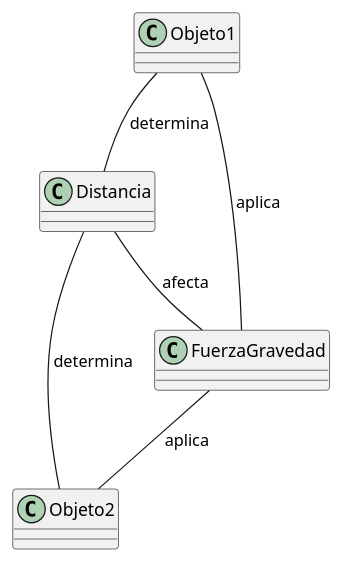
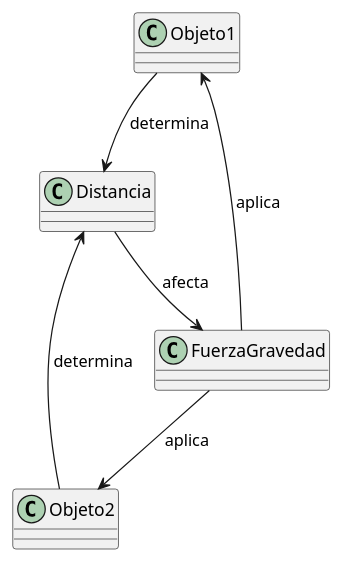
One commit to mmasias/24-25-IdSw1 changed the diagram in entregas/oteroJorge/reto001/Gravedad.puml. Above: the diagram before and after it, drawn with PlantUML. The commit also changed other lines of this file, not shown here.

Commit message:
Sentido de las flechas

```diff
--- a/entregas/oteroJorge/reto001/Gravedad.puml
+++ b/entregas/oteroJorge/reto001/Gravedad.puml
@@ -1,14 +1,14 @@
 @startuml Gravedad
 
 class Objeto1
 class FuerzaGravedad
 class Distancia 
 class Objeto2
 
-Objeto1 -- Distancia : determina
-Objeto2 -- Distancia : determina
-Distancia -- FuerzaGravedad : afecta
-FuerzaGravedad -- Objeto1 : aplica
-FuerzaGravedad -- Objeto2 : aplica
+Objeto1 --> Distancia : determina
+Objeto2 --> Distancia : determina
+Distancia --> FuerzaGravedad : afecta
+FuerzaGravedad --> Objeto1 : aplica
+FuerzaGravedad --> Objeto2 : aplica
 
 @enduml
```
